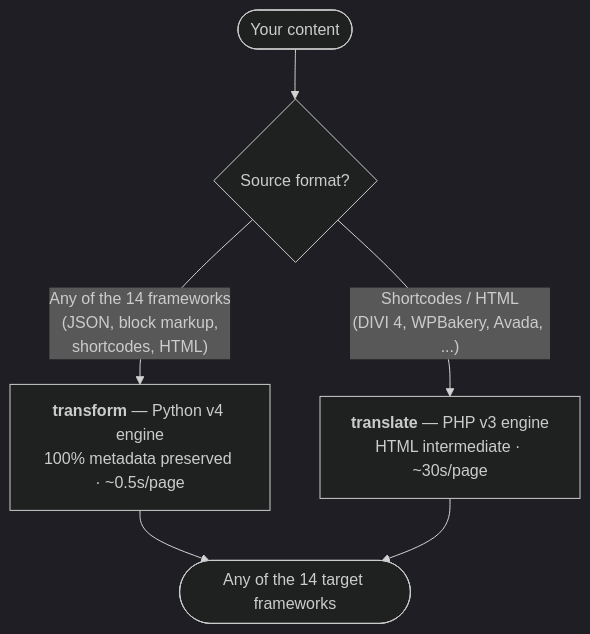
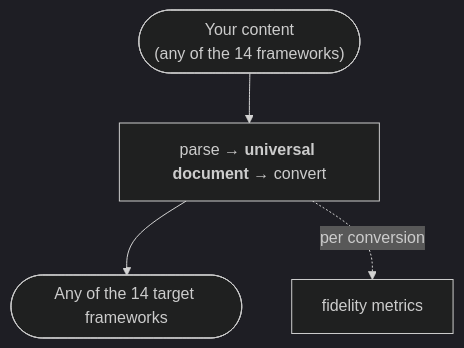
The first of 2 diagrams in README.md (coryhubbell/Development-Translation-Bridge), drawn with Mermaid (dark theme) before and after one commit. The commit also changed other lines of this file and 10 other files, not shown here.

````diff
--- a/README.md
+++ b/README.md
@@ -52,8 +53,6 @@
 ```mermaid
 flowchart TD
-    IN(["Your content"]) --> Q{"Source format?"}
-    Q -->|"Any of the 14 frameworks<br/>(JSON, block markup,<br/>shortcodes, HTML)"| T["<b>transform</b> — Python v4 engine<br/>100% metadata preserved · ~0.5s/page"]
-    Q -->|"Shortcodes / HTML<br/>(DIVI 4, WPBakery, Avada, ...)"| L["<b>translate</b> — PHP v3 engine<br/>HTML intermediate · ~30s/page"]
-    T --> OUT(["Any of the 14 target frameworks"])
-    L --> OUT
+    IN(["Your content<br/>(any of the 14 frameworks)"]) --> P["parse → <b>universal document</b> → convert"]
+    P --> OUT(["Any of the 14 target frameworks"])
+    P -.->|"per conversion"| F["fidelity metrics"]
 ```
````
